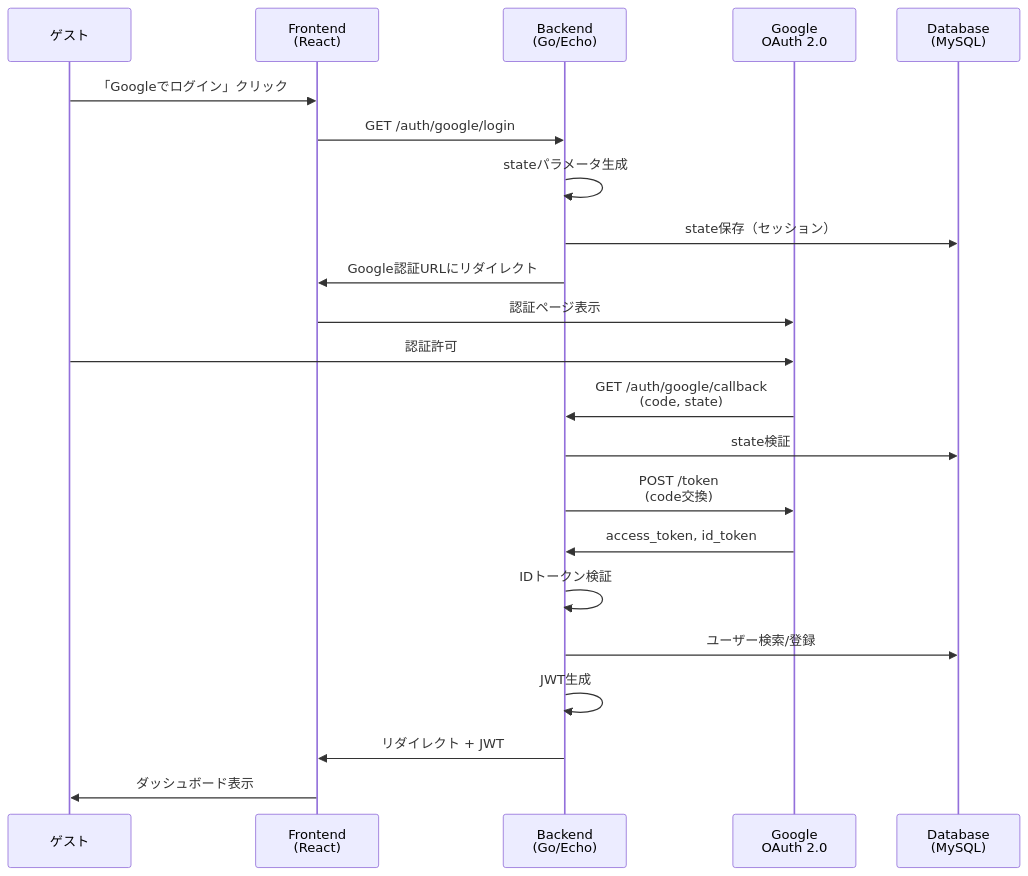
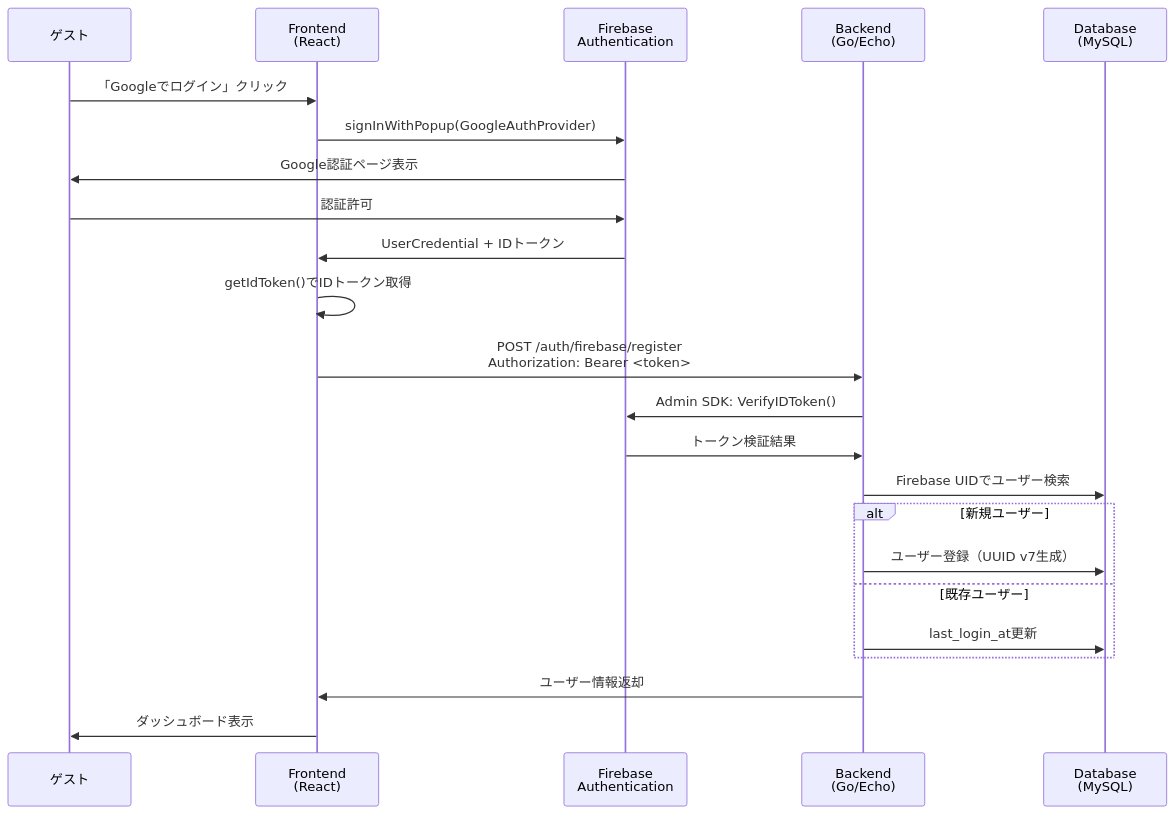
Before and after one commit to sky0621/techcv: the diagram in .kiro/specs/manager/design/google-social-login.md, drawn with Mermaid. The commit also changed other lines of this file, not shown here.

````diff
--- a/.kiro/specs/manager/design/google-social-login.md
+++ b/.kiro/specs/manager/design/google-social-login.md
@@ -11,25 +11,26 @@
 ```mermaid
 sequenceDiagram
     participant User as ゲスト
     participant Frontend as Frontend<br/>(React)
+    participant Firebase as Firebase<br/>Authentication
     participant Backend as Backend<br/>(Go/Echo)
-    participant Google as Google<br/>OAuth 2.0
     participant DB as Database<br/>(MySQL)
 
     User->>Frontend: 「Googleでログイン」クリック
-    Frontend->>Backend: GET /auth/google/login
-    Backend->>Backend: stateパラメータ生成
-    Backend->>DB: state保存（セッション）
-    Backend->>Frontend: Google認証URLにリダイレクト
-    Frontend->>Google: 認証ページ表示
-    User->>Google: 認証許可
-    Google->>Backend: GET /auth/google/callback<br/>(code, state)
-    Backend->>DB: state検証
-    Backend->>Google: POST /token<br/>(code交換)
-    Google->>Backend: access_token, id_token
-    Backend->>Backend: IDトークン検証
-    Backend->>DB: ユーザー検索/登録
-    Backend->>Backend: JWT生成
-    Backend->>Frontend: リダイレクト + JWT
+    Frontend->>Firebase: signInWithPopup(GoogleAuthProvider)
+    Firebase->>User: Google認証ページ表示
+    User->>Firebase: 認証許可
+    Firebase->>Frontend: UserCredential + IDトークン
+    Frontend->>Frontend: getIdToken()でIDトークン取得
+    Frontend->>Backend: POST /auth/firebase/register<br/>Authorization: Bearer <token>
+    Backend->>Firebase: Admin SDK: VerifyIDToken()
+    Firebase->>Backend: トークン検証結果
+    Backend->>DB: Firebase UIDでユーザー検索
+    alt 新規ユーザー
+        Backend->>DB: ユーザー登録（UUID v7生成）
+    else 既存ユーザー
+        Backend->>DB: last_login_at更新
+    end
+    Backend->>Frontend: ユーザー情報返却
     Frontend->>User: ダッシュボード表示
 ```
````
